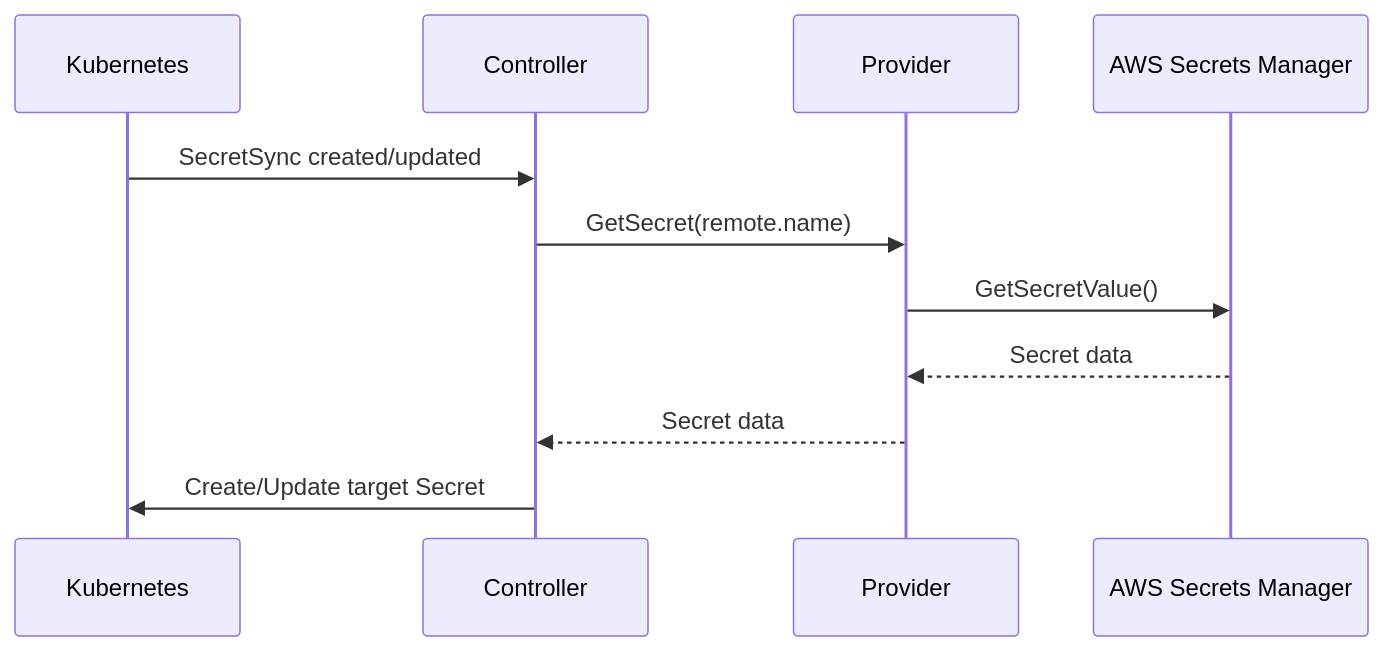
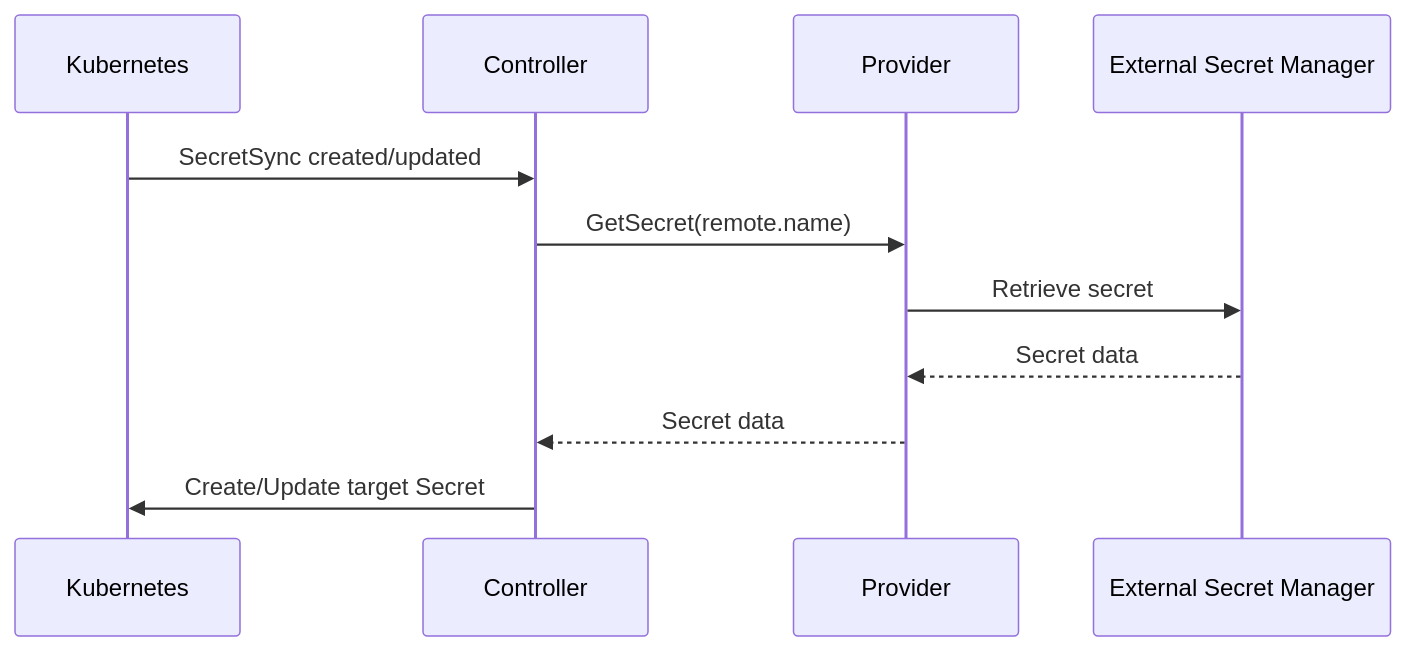
Before and after one commit to ukfungr/secret-sync-operator: the second of 8 diagrams in README.md, drawn with Mermaid. The commit also changed other lines of this file, not shown here.

````diff
--- a/README.md
+++ b/README.md
@@ -62,14 +65,14 @@
 ```mermaid
 sequenceDiagram
     participant K as Kubernetes
     participant C as Controller
     participant P as Provider
-    participant A as AWS Secrets Manager
+    participant E as External Secret Manager
 
     K->>C: SecretSync created/updated
     C->>P: GetSecret(remote.name)
-    P->>A: GetSecretValue()
-    A-->>P: Secret data
+    P->>E: Retrieve secret
+    E-->>P: Secret data
     P-->>C: Secret data
     C->>K: Create/Update target Secret
 ```
````
